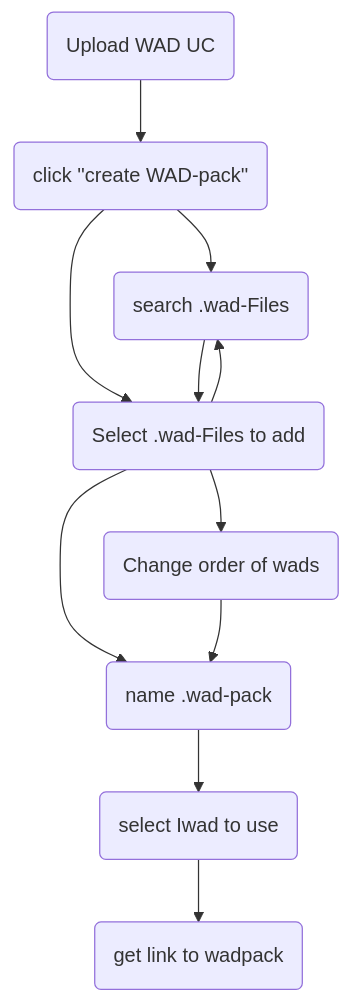
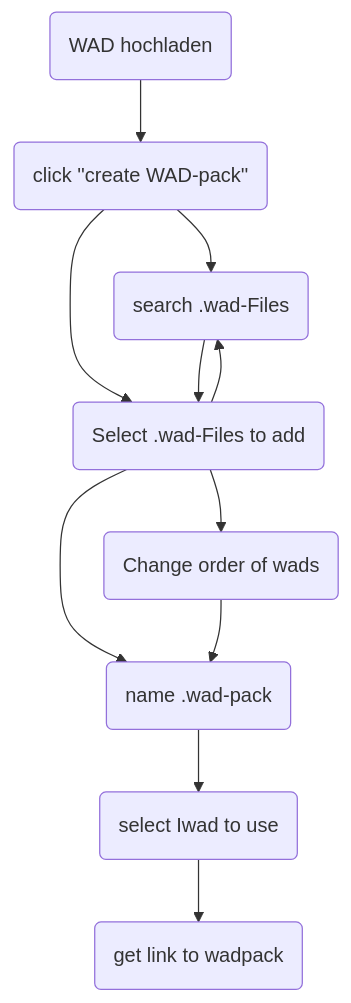
One commit to Lukas-Hoernle/WAD-Loader-3 changed the fourth of 7 diagrams in documentation/usecases.md. Above: the diagram before and after it, drawn with Mermaid. The commit also changed other lines of this file, not shown here.

````diff
--- a/documentation/usecases.md
+++ b/documentation/usecases.md
@@ -57,13 +92,13 @@
 ```mermaid
 graph
-A(Upload WAD UC) --> B(click ''create WAD-pack'')
+A(WAD hochladen) --> B(click ''create WAD-pack'')
     B --> Z(search .wad-Files)
     B --> C(Select .wad-Files to add)
     C --> Z
     Z --> C
     C --> X(Change order of wads) 
     C --> D(name .wad-pack) 
     X --> D
     D --> Y(select Iwad to use)
     Y --> E(get link to wadpack)
 ```
````
